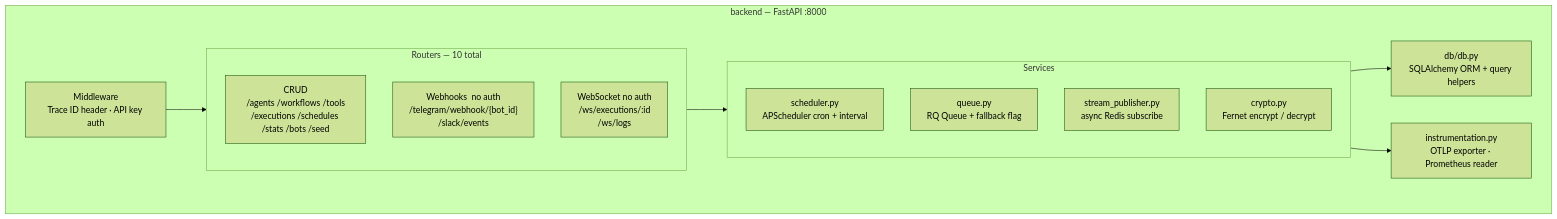
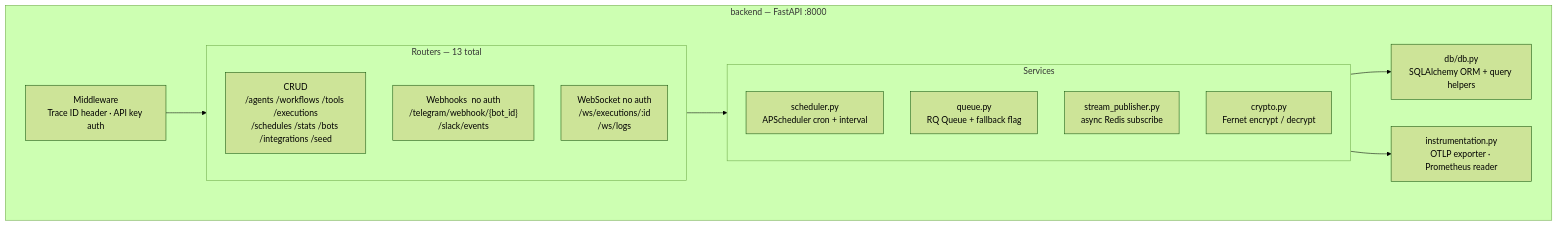
Before and after one commit to namratesh/AI-Agent-Orchestration-Platform: the third of 10 diagrams in documents/architecture.md, drawn with Mermaid (forest theme). The commit also changed other lines of this file and 9 other files, not shown here.

````diff
--- a/documents/architecture.md
+++ b/documents/architecture.md
@@ -85,27 +85,27 @@
 ```mermaid
 graph TD
     subgraph BACK["backend — FastAPI :8000"]
         MW["Middleware\nTrace ID header · API key auth"]
 
-        subgraph ROUTERS["Routers — 10 total"]
-            CRUD_R["CRUD\n/agents /workflows /tools\n/executions /schedules /stats /bots /seed"]
+        subgraph ROUTERS["Routers — 13 total"]
+            CRUD_R["CRUD\n/agents /workflows /tools /executions\n/schedules /stats /bots /integrations /seed"]
             HOOK_R["Webhooks  no auth\n/telegram/webhook/{bot_id}\n/slack/events"]
             WS_R["WebSocket  no auth\n/ws/executions/:id\n/ws/logs"]
         end
 
         subgraph SERVICES["Services"]
             SCHED_S["scheduler.py\nAPScheduler cron + interval"]
             QUEUE_S["queue.py\nRQ Queue + fallback flag"]
             STREAM_S["stream_publisher.py\nasync Redis subscribe"]
             CRYPTO_S["crypto.py\nFernet encrypt / decrypt"]
         end
 
         DB_H["db/db.py\nSQLAlchemy ORM + query helpers"]
         INSTR["instrumentation.py\nOTLP exporter · Prometheus reader"]
     end
 
     MW       --> ROUTERS
     ROUTERS  --> SERVICES
     SERVICES --> DB_H
     SERVICES --> INSTR
 ```
````
